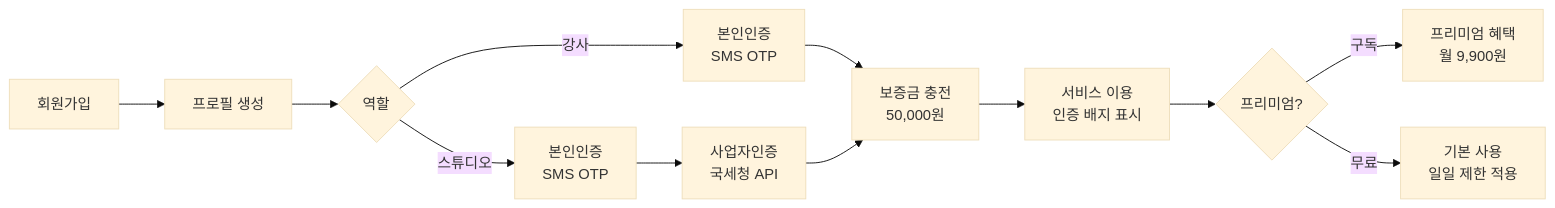
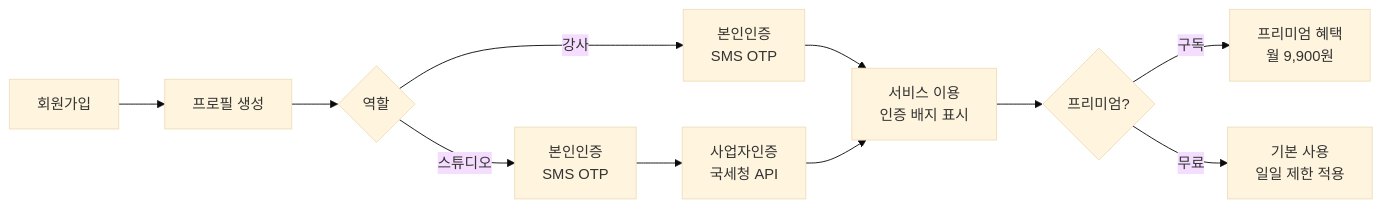
The second of 7 diagrams in README.md (MaduJoe/PilaMatch), drawn with Mermaid (base theme) before and after one commit. The commit also changed other lines of this file and 1 other file, not shown here.

````diff
--- a/README.md
+++ b/README.md
@@ -1321,14 +1205,13 @@
 ```mermaid
 flowchart LR
     A[회원가입] --> B[프로필 생성]
     B --> C{역할}
     C -->|강사| D[본인인증<br/>SMS OTP]
     C -->|스튜디오| E[본인인증<br/>SMS OTP]
     E --> F[사업자인증<br/>국세청 API]
-    D --> G[보증금 충전<br/>50,000원]
+    D --> G[서비스 이용<br/>인증 배지 표시]
     F --> G
-    G --> H[서비스 이용<br/>인증 배지 표시]
-    H --> I{프리미엄?}
+    G --> I{프리미엄?}
     I -->|구독| J[프리미엄 혜택<br/>월 9,900원]
     I -->|무료| K[기본 사용<br/>일일 제한 적용]
 ```
````
